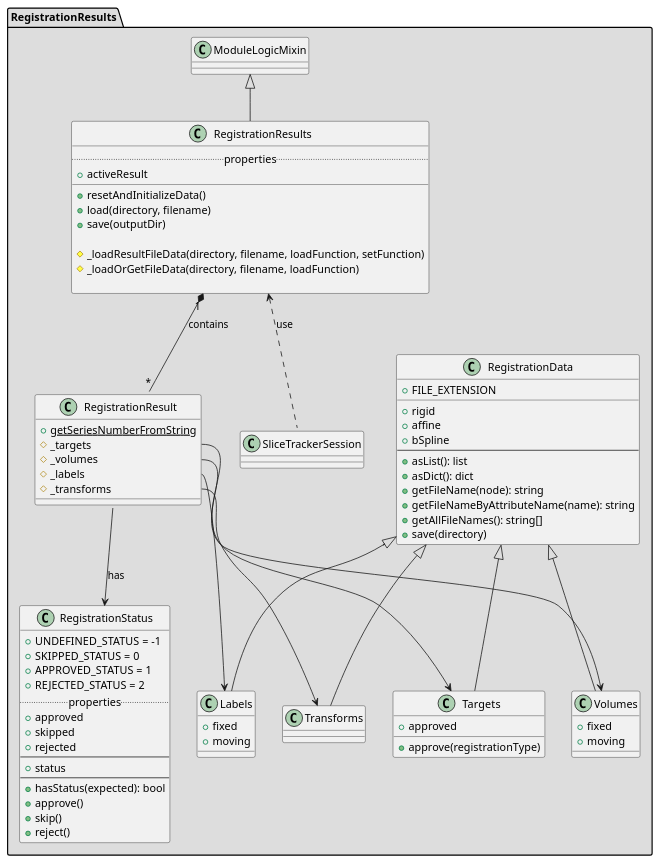
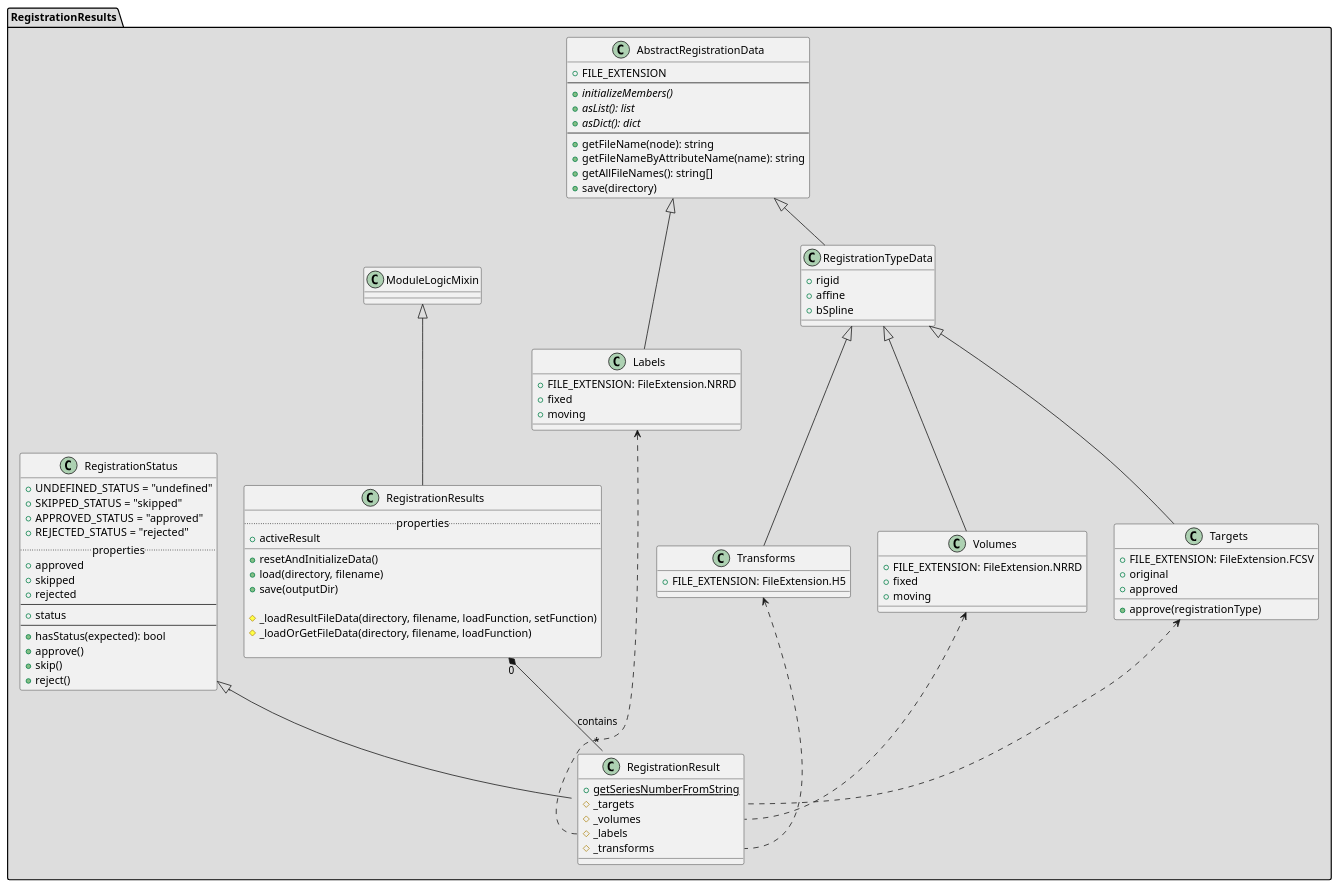
One commit to SlicerProstate/SliceTracker changed the diagram in puml/RegistrationResults.puml. Above: the diagram before and after it, drawn with PlantUML. The commit also changed 6 other files, not shown here.

Commit message:
ENH: RegistrationResults class handles loading and saving of all data now

```diff
--- a/puml/RegistrationResults.puml
+++ b/puml/RegistrationResults.puml
@@ -1,100 +1,104 @@
 @startuml
 
 package "RegistrationResults" #DDDDDD {
 
   class RegistrationResults {
     .. properties ..
     + activeResult
     __
     + resetAndInitializeData()
     + load(directory, filename)
     + save(outputDir)
 
     # _loadResultFileData(directory, filename, loadFunction, setFunction)
     # _loadOrGetFileData(directory, filename, loadFunction)
 
   }
 
-  RegistrationResults "1" *-- "*" RegistrationResult : contains
-
-  class RegistrationResult {
-    + {static} getSeriesNumberFromString
-    # _targets
-    # _volumes
-    # _labels
-    # _transforms
-  }
-
-  RegistrationResult::_volumes --> Volumes
-  RegistrationResult::_targets --> Targets
-  RegistrationResult::_labels --> Labels
-  RegistrationResult::_transforms --> Transforms
-
-
-  class Labels {
-    +fixed
-    +moving
-  }
-
-  class Volumes {
-    + fixed
-    + moving
-  }
-
-  class Transforms {
-  }
-
-  class Targets {
-    + approved
-    + approve(registrationType)
-  }
-
-  class RegistrationData {
-    + FILE_EXTENSION
-    __
-    + rigid
-    + affine
-    + bSpline
-    --
-    + asList(): list
-    + asDict(): dict
-    + getFileName(node): string
-    + getFileNameByAttributeName(name): string
-    + getAllFileNames(): string[]
-    + save(directory)
-  }
-
-  RegistrationData <|-- Labels
-  RegistrationData <|-- Volumes
-  RegistrationData <|-- Transforms
-  RegistrationData <|-- Targets
-
+  ModuleLogicMixin <|-- RegistrationResults
 
   class RegistrationStatus {
-    + UNDEFINED_STATUS = -1
-    + SKIPPED_STATUS = 0
-    + APPROVED_STATUS = 1
-    + REJECTED_STATUS = 2
+    + UNDEFINED_STATUS = "undefined"
+    + SKIPPED_STATUS = "skipped"
+    + APPROVED_STATUS = "approved"
+    + REJECTED_STATUS = "rejected"
     .. properties ..
     + approved
     + skipped
     + rejected
     --
     + status
     --
     + hasStatus(expected): bool
     + approve()
     + skip()
     + reject()
   }
 
-  RegistrationResult --> RegistrationStatus : has
+  class RegistrationResult {
+    + {static} getSeriesNumberFromString
+    # _targets
+    # _volumes
+    # _labels
+    # _transforms
+  }
 
+  RegistrationStatus <|-- RegistrationResult
+  RegistrationResults "0" *-- "*" RegistrationResult : contains
 
-  ModuleLogicMixin <|-- RegistrationResults
+  class AbstractRegistrationData {
+    + FILE_EXTENSION
+    --
+    + {abstract} initializeMembers()
+    + {abstract} asList(): list
+    + {abstract} asDict(): dict
+    --
+    + getFileName(node): string
+    + getFileNameByAttributeName(name): string
+    + getAllFileNames(): string[]
+    + save(directory)
+  }
 
+  AbstractRegistrationData <|-- RegistrationTypeData
 
-  RegistrationResults <.. SliceTrackerSession::regResults : use
+  class RegistrationTypeData {
+    + rigid
+    + affine
+    + bSpline
+  }
+
+  class Labels {
+    + FILE_EXTENSION: FileExtension.NRRD
+    + fixed
+    + moving
+  }
+
+  class Volumes {
+    + FILE_EXTENSION: FileExtension.NRRD
+    + fixed
+    + moving
+  }
+
+  class Transforms {
+    + FILE_EXTENSION: FileExtension.H5
+  }
+
+  class Targets {
+    + FILE_EXTENSION: FileExtension.FCSV
+    + original
+    + approved
+    + approve(registrationType)
+  }
+
+  AbstractRegistrationData <|-- Labels
+  RegistrationTypeData <|-- Volumes
+  RegistrationTypeData <|-- Transforms
+  RegistrationTypeData <|-- Targets
+
+  Volumes <.. RegistrationResult::_volumes
+  Targets <.. RegistrationResult::_targets
+  Labels <.. RegistrationResult::_labels
+  Transforms <.. RegistrationResult::_transforms
 }
 
 @enduml
```
